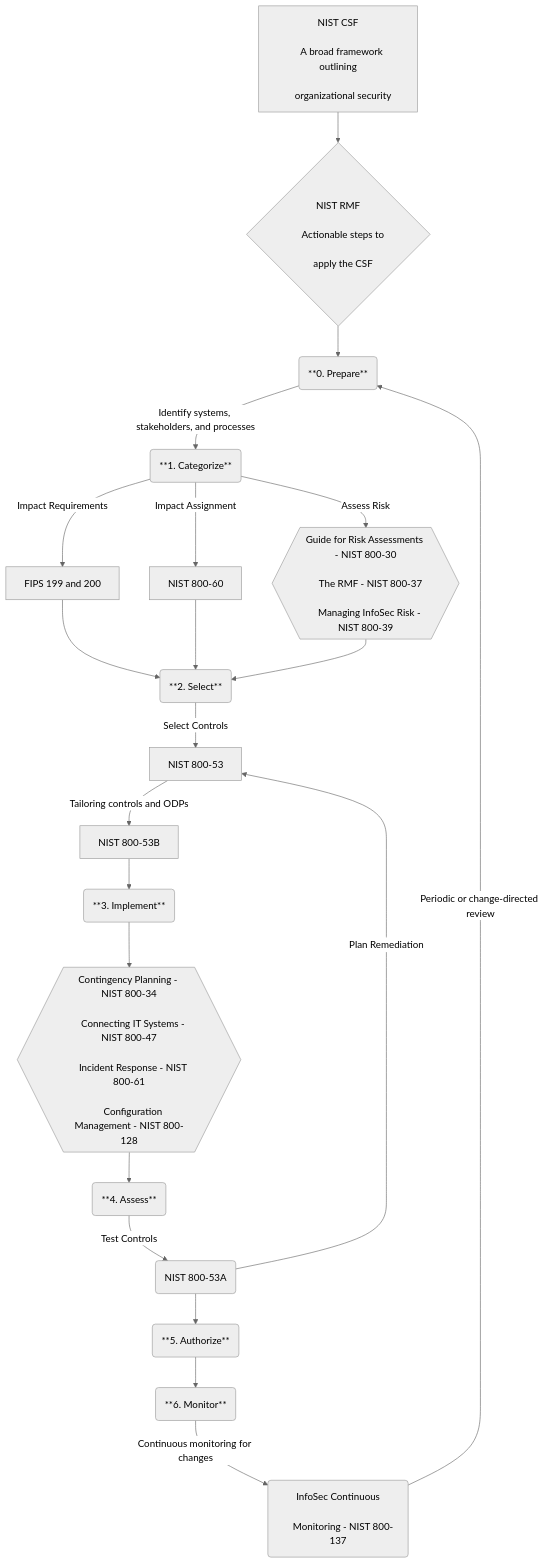
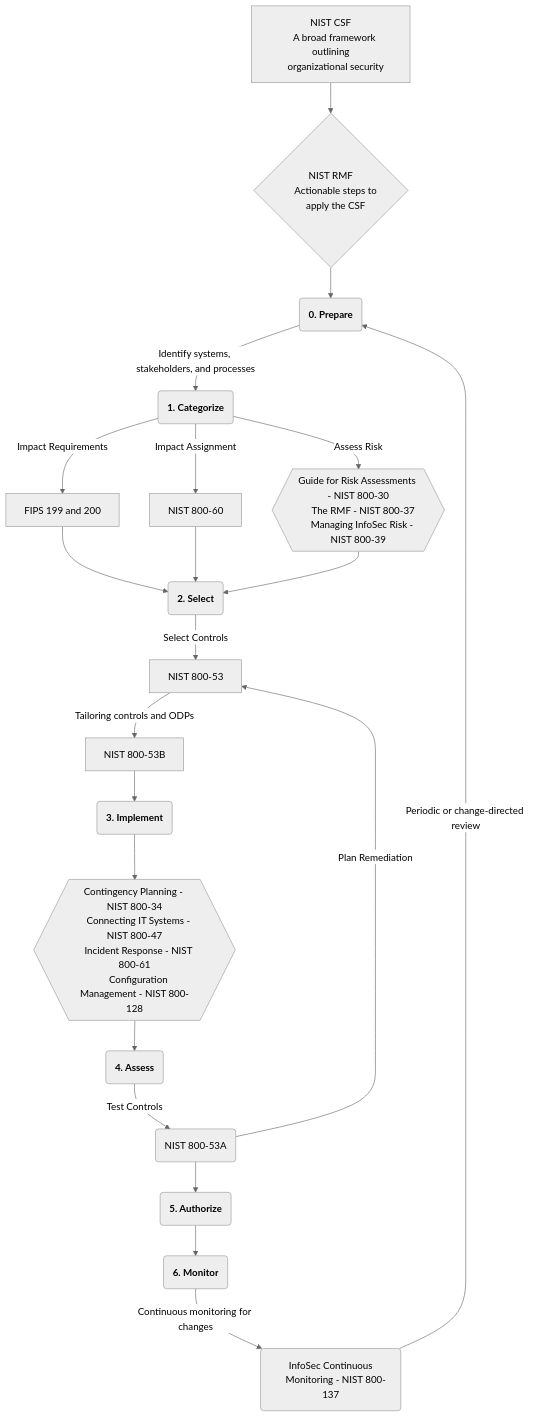
One commit to WiseGuru/MaxwellCTI changed the diagram in src/site/notes/Frameworks, Standards, and Regulations/NIST/Mermaid - NIST CSF.md. Above: the diagram before and after it, drawn with Mermaid (neutral theme). The commit also changed 3 other files, not shown here.

````diff
--- a/src/site/notes/Frameworks, Standards, and Regulations/NIST/Mermaid - NIST CSF.md
+++ b/src/site/notes/Frameworks, Standards, and Regulations/NIST/Mermaid - NIST CSF.md
@@ -7,79 +7,45 @@
 ```mermaid
 flowchart TD
-
-A["NIST CSF
-
+    A["NIST CSF
     A broad framework outlining
-
     organizational security"] --> B{"NIST RMF
-
     Actionable steps to
-
     apply the CSF"}
-
-B --> Z("**0. Prepare**")
-
-Z -- Identify systems, stakeholders, and processes --> C("**1. Categorize**")
-
-C -- Impact Requirements --> D["FIPS 199 and 200"]
-
-C -- Impact Assignment --> E["NIST 800-60"]
-
-C -- Assess Risk --> P{{"Guide for Risk Assessments - NIST 800-30
-
+  
+    B --> Z("`**0. Prepare**`")
+  
+    Z --> |Identify systems, stakeholders, and processes| C("`**1. Categorize**`")
+    C --> |Impact Requirements| D[FIPS 199 and 200]
+    C --> |Impact Assignment| E[NIST 800-60]
+    C --> |Assess Risk| P{{"Guide for Risk Assessments - NIST 800-30
     The RMF - NIST 800-37
-
     Managing InfoSec Risk - NIST 800-39"}}
-
-D --> F("**2. Select**")
-
-E --> F
-
-P --> F
-
-F -- Select Controls --> G["NIST 800-53"]
-
-G -- Tailoring controls and ODPs --> S["NIST 800-53B"]
-
-S --> H("**3. Implement**")
-
-H --> I{{"Contingency Planning - NIST 800-34
-
+  
+    D & E & P --> F("`**2. Select**`")
+    F --> |Select Controls| G[NIST 800-53]
+    G --> |Tailoring controls and ODPs| S[NIST 800-53B]
+  
+    S --> H("`**3. Implement**`")
+    H --> I{{"Contingency Planning - NIST 800-34
     Connecting IT Systems - NIST 800-47
-
     Incident Response - NIST 800-61
-
     Configuration Management - NIST 800-128"}}
-
-I --> M("**4. Assess**")
-
-M -- Test Controls --> R("NIST 800-53A")
-
-R -- Plan Remediation --> G
-
-R --> N("**5. Authorize**")
-
-N --> O("**6. Monitor**")
-
-O -- Continuous monitoring for changes --> Q("InfoSec Continuous
-
+  
+    I --> M("`**4. Assess**`")
+    M --> |Test Controls| R("NIST 800-53A")
+    R --> |Plan Remediation| G
+ 
+    R --> N("`**5. Authorize**`")
+    N --> O("`**6. Monitor**`")
+    O --> |Continuous monitoring for changes| Q("InfoSec Continuous
     Monitoring - NIST 800-137")
-
-Q -- "Periodic or change-directed review" --> Z
-
-  
+    Q --> |Periodic or change-directed review| Z
 
 style Z color:#000000
-
 style C color:#000000
-
 style F color:#000000
-
 style H color:#000000
-
 style M color:#000000
-
 style N color:#000000
-
 style O color:#000000
 ```
````
